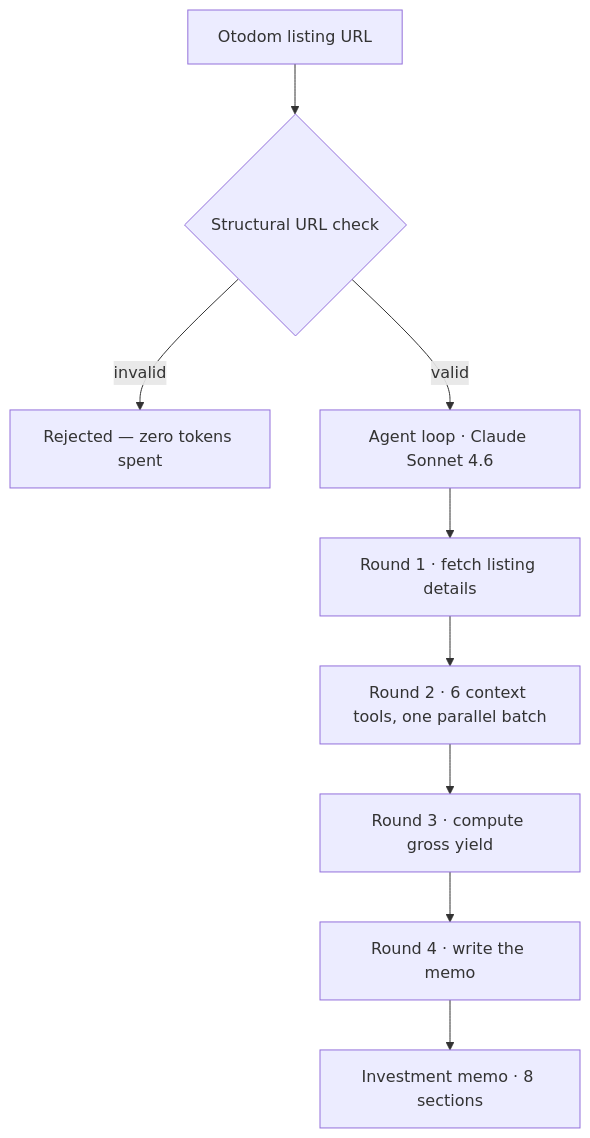
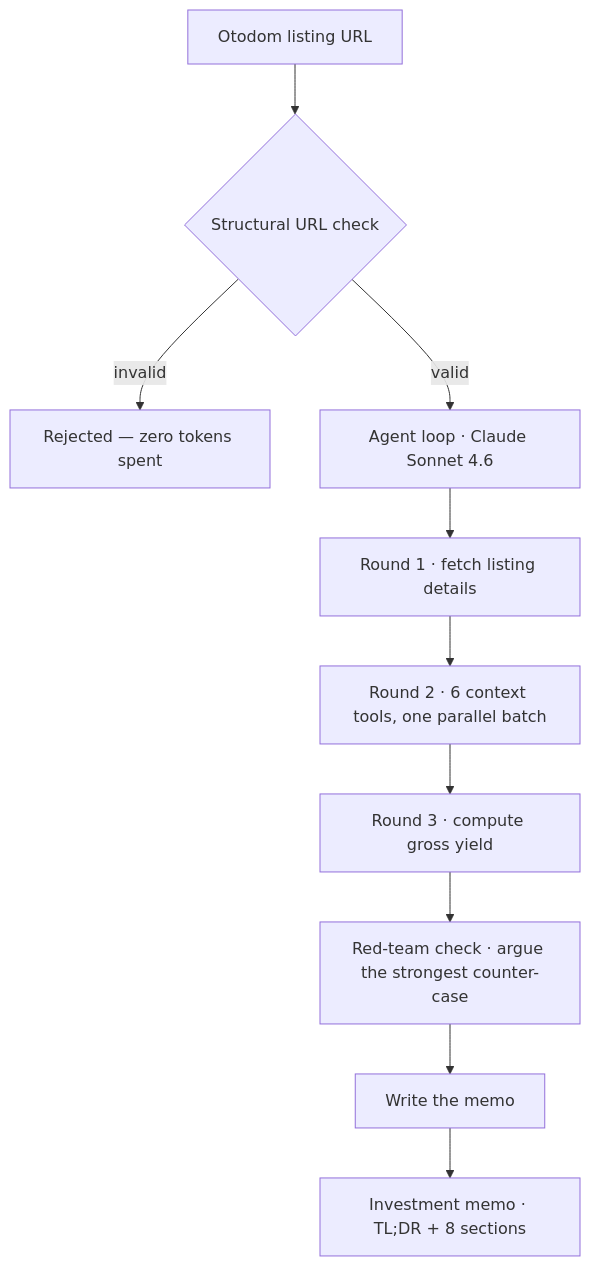
Before and after one commit to khalidAlfozan/realestate-agent: the diagram in README.md, drawn with Mermaid. The commit also changed other lines of this file and 2 other files, not shown here.

First line of the commit message:
docs: refresh README and sample memo for the post-pass state (#68)

````diff
--- a/README.md
+++ b/README.md
@@ -26,11 +26,12 @@
 ```mermaid
 flowchart TD
     A[Otodom listing URL] --> B{Structural URL check}
     B -- invalid --> C[Rejected — zero tokens spent]
     B -- valid --> D[Agent loop · Claude Sonnet 4.6]
     D --> E[Round 1 · fetch listing details]
     E --> F[Round 2 · 6 context tools, one parallel batch]
     F --> G[Round 3 · compute gross yield]
-    G --> H[Round 4 · write the memo]
-    H --> I[Investment memo · 8 sections]
+    G --> H[Red-team check · argue the strongest counter-case]
+    H --> I[Write the memo]
+    I --> J[Investment memo · TL;DR + 8 sections]
 ```
````
